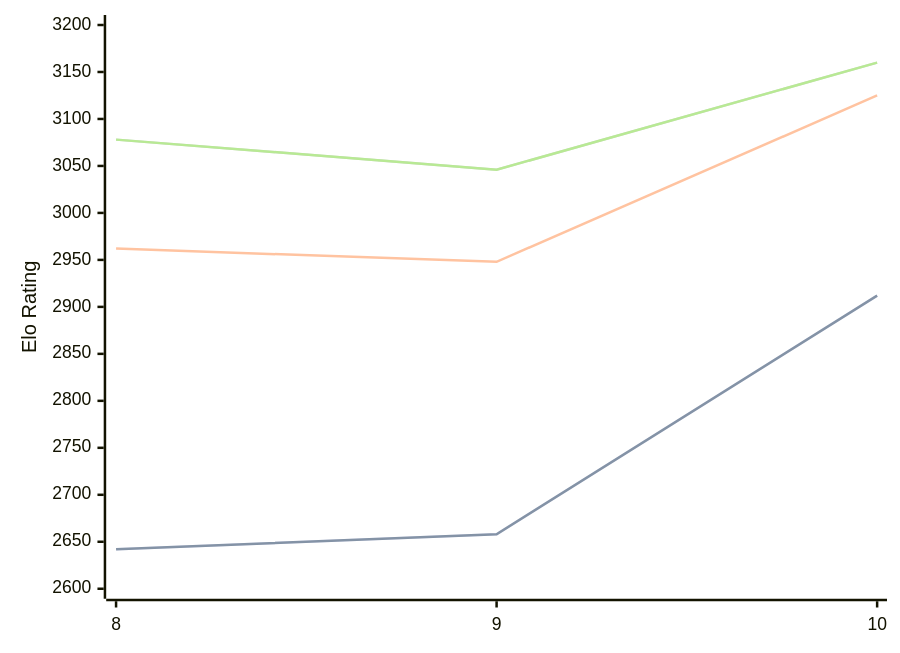
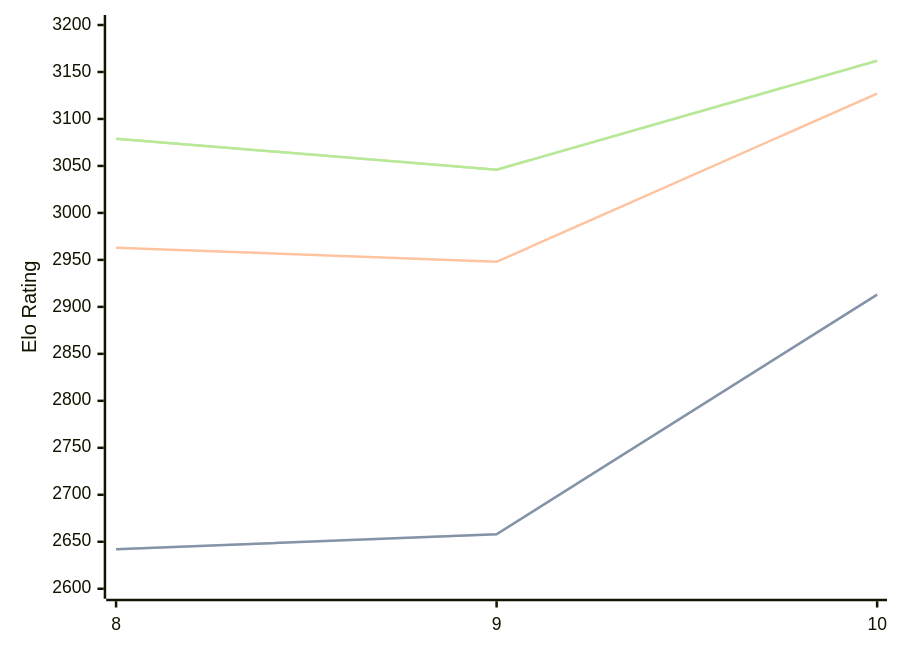
Before and after one commit to computer-chess-index/cci: the diagram in engines/Lozza.md, drawn with Mermaid. The commit also changed other lines of this file, not shown here.

Commit message:
Update CCI Ratings (ELO VLTC) - 2026-05-04

````diff
--- a/engines/Lozza.md
+++ b/engines/Lozza.md
@@ -41,11 +41,11 @@
 ```mermaid
 %%{init: {"theme":"base","themeVariables":{"seriesColors:['#a3a3a3','#222221','#faa371']}}}%%
 xychart-beta
   x-axis ["8", "9", "10"]
   y-axis "Elo Rating" 2600 --> 3200
-  line "STC (8.0+0.08s)" [2642, 2658, 2912]
-  line "STC (8.0+0.08s)" [2642, 2658, 2912]
-  line "LTC (60.0+0.60s)" [2962, 2948, 3125]
-  line "VLTC (2m24s+1.12s)" [3078, 3046, 3160]
-  line "VLTC (2m24s+1.12s)" [3078, 3046, 3160]
+  line "STC (8.0+0.08s)" [2642, 2658, 2913]
+  line "STC (8.0+0.08s)" [2642, 2658, 2913]
+  line "LTC (60.0+0.60s)" [2963, 2948, 3127]
+  line "VLTC (2m24s+1.12s)" [3079, 3046, 3162]
+  line "VLTC (2m24s+1.12s)" [3079, 3046, 3162]
 ```
````
